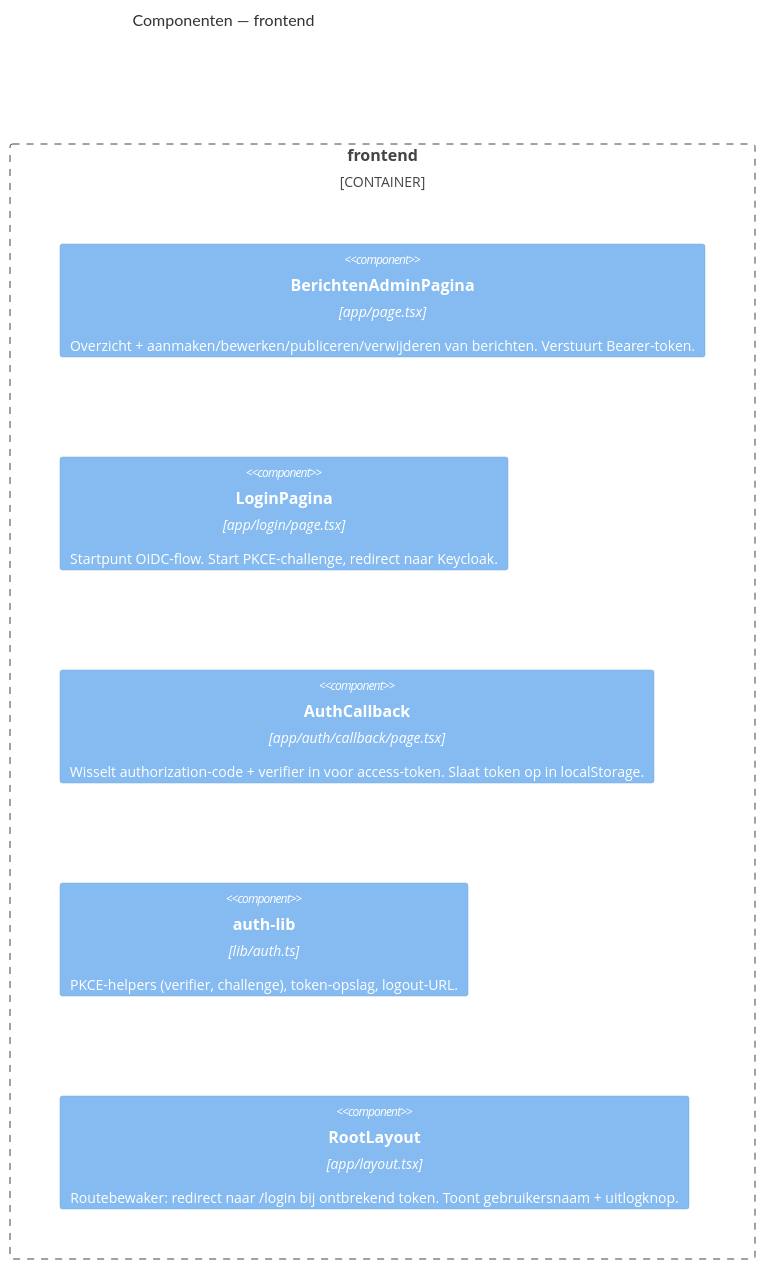
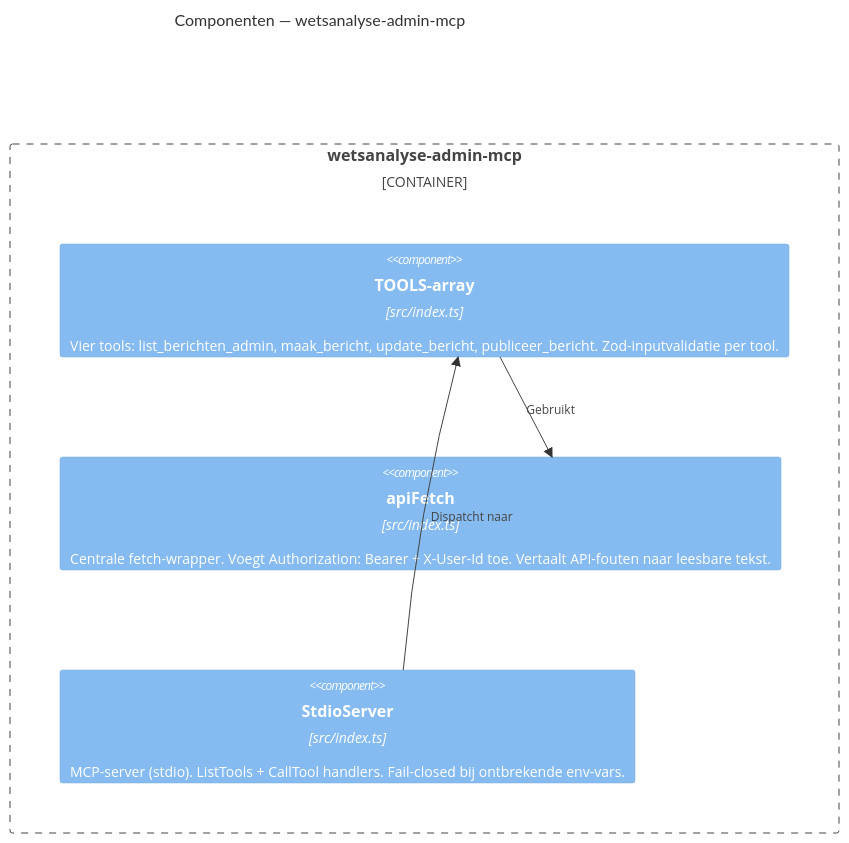
The fifth of 5 diagrams in docs/architectuur/c4-model.md (jaas0000/lexplainables), drawn with Mermaid before and after one commit. The commit also changed other lines of this file, not shown here.

First line of the commit message:
docs: herschrijf c4-model L1/L2/L3 naar huidige staat (post PR #5/#6)

````diff
--- a/docs/architectuur/c4-model.md
+++ b/docs/architectuur/c4-model.md
@@ -95,12 +120,13 @@
 ```mermaid
 C4Component
-  title Componenten — frontend
+  title Componenten — wetsanalyse-admin-mcp
 
-  Container_Boundary(frontend, "frontend") {
-    Component(berichten_admin, "BerichtenAdminPagina", "app/page.tsx", "Overzicht + aanmaken/bewerken/publiceren/verwijderen van berichten. Verstuurt Bearer-token.")
-    Component(login_pagina, "LoginPagina", "app/login/page.tsx", "Startpunt OIDC-flow. Start PKCE-challenge, redirect naar Keycloak.")
-    Component(auth_callback, "AuthCallback", "app/auth/callback/page.tsx", "Wisselt authorization-code + verifier in voor access-token. Slaat token op in localStorage.")
-    Component(auth_lib, "auth-lib", "lib/auth.ts", "PKCE-helpers (verifier, challenge), token-opslag, logout-URL.")
-    Component(root_layout, "RootLayout", "app/layout.tsx", "Routebewaker: redirect naar /login bij ontbrekend token. Toont gebruikersnaam + uitlogknop.")
+  Container_Boundary(admin_mcp, "wetsanalyse-admin-mcp") {
+    Component(tools, "TOOLS-array", "src/index.ts", "Vier tools: list_berichten_admin, maak_bericht, update_bericht, publiceer_bericht. Zod-inputvalidatie per tool.")
+    Component(api_fetch, "apiFetch", "src/index.ts", "Centrale fetch-wrapper. Voegt Authorization: Bearer + X-User-Id toe. Vertaalt API-fouten naar leesbare tekst.")
+    Component(server, "StdioServer", "src/index.ts", "MCP-server (stdio). ListTools + CallTool handlers. Fail-closed bij ontbrekende env-vars.")
   }
+
+  Rel(tools, api_fetch, "Gebruikt")
+  Rel(server, tools, "Dispatcht naar")
 ```
````
